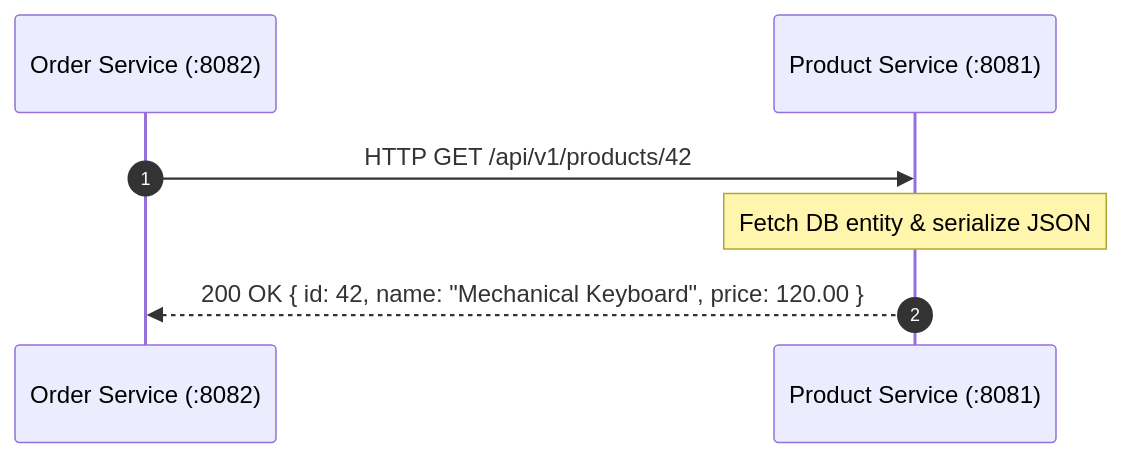
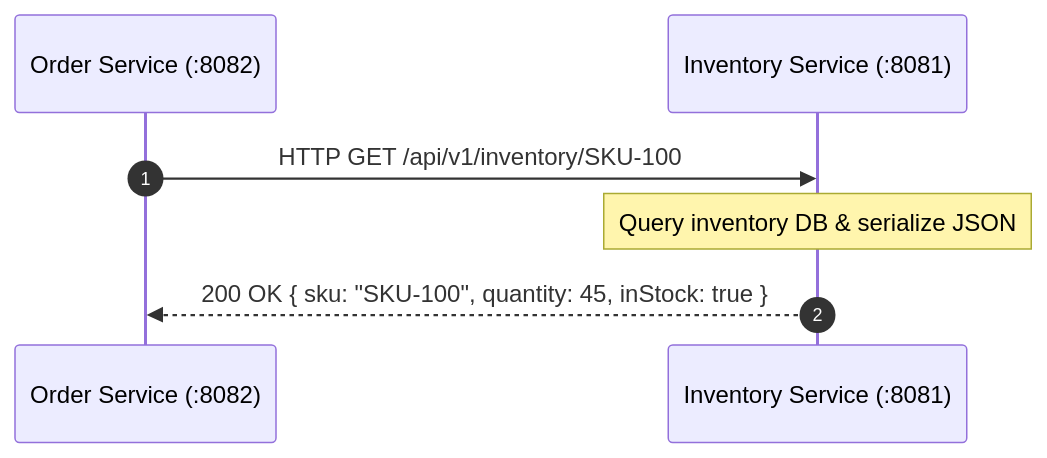
One commit to rohithgowda18/Notes changed the first of 4 diagrams in spring-boot-microservices-notes/02-service-communication.md. Above: the diagram before and after it, drawn with Mermaid. The commit also changed other lines of this file, not shown here.

Commit message:
Expand 02-service-communication with comprehensive video guide: Global vs Per-Client configs, logging levels, timeouts, retryers, interceptors, error decoders, encoders, and production use cases

````diff
--- a/spring-boot-microservices-notes/02-service-communication.md
+++ b/spring-boot-microservices-notes/02-service-communication.md
@@ -28,10 +33,10 @@
 ```mermaid
 sequenceDiagram
     autonumber
     participant OS as Order Service (:8082)
-    participant PS as Product Service (:8081)
+    participant IS as Inventory Service (:8081)
 
-    OS->>PS: HTTP GET /api/v1/products/42
-    Note over PS: Fetch DB entity & serialize JSON
-    PS-->>OS: 200 OK { id: 42, name: "Mechanical Keyboard", price: 120.00 }
+    OS->>IS: HTTP GET /api/v1/inventory/SKU-100
+    Note over IS: Query inventory DB & serialize JSON
+    IS-->>OS: 200 OK { sku: "SKU-100", quantity: 45, inStock: true }
 ```
````
